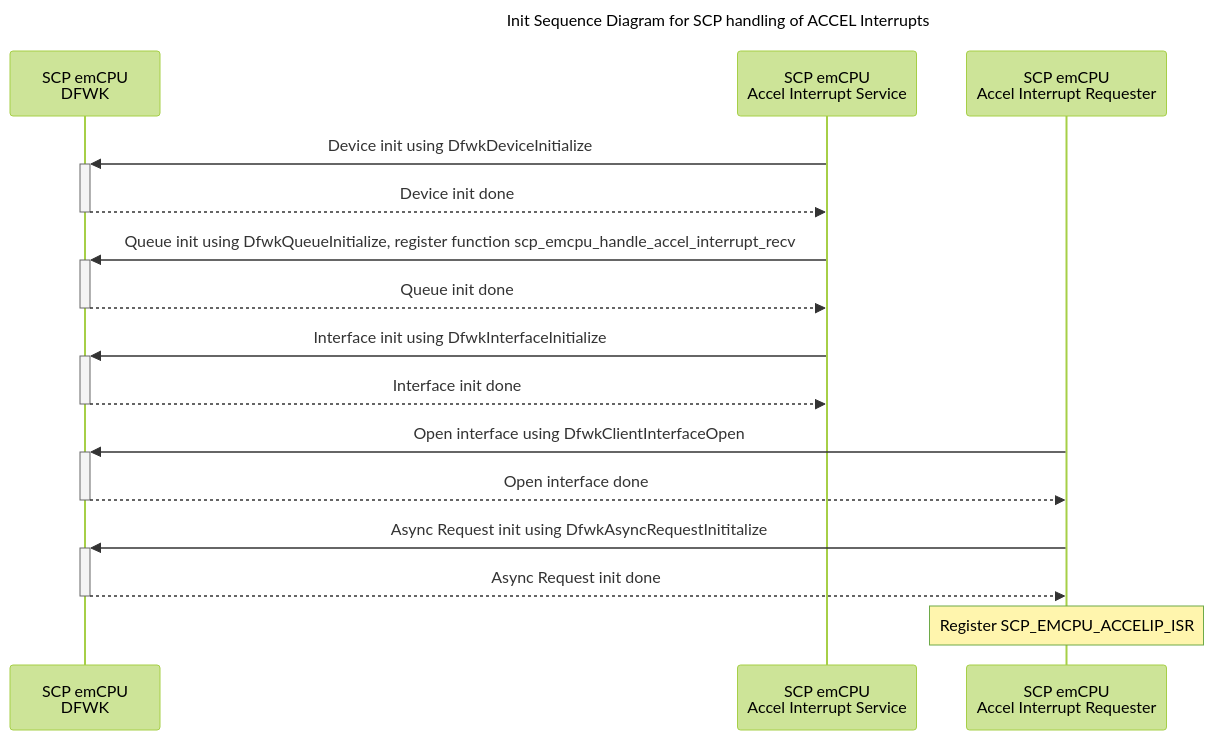
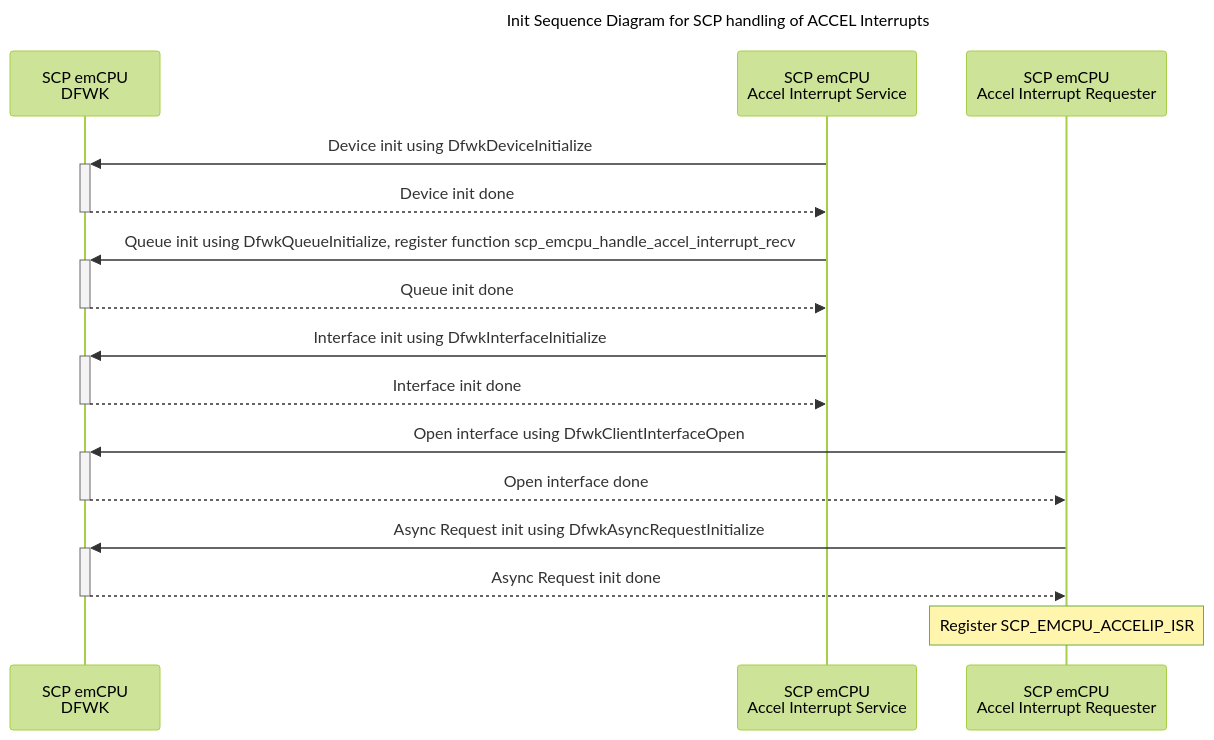
Before and after one commit to jivahire-com/cpp-thread-safe-cache: the second of 3 diagrams in docs/development/FirmwareDesign/AccelInterruptHandlingDesign.md, drawn with Mermaid (forest theme). The commit also changed other lines of this file and 27 other files, not shown here.

````diff
--- a/docs/development/FirmwareDesign/AccelInterruptHandlingDesign.md
+++ b/docs/development/FirmwareDesign/AccelInterruptHandlingDesign.md
@@ -132,18 +132,18 @@
 ```mermaid
 sequenceDiagram
     title Init Sequence Diagram for SCP handling of ACCEL Interrupts
     participant SCP_EMCPU_DFWK as SCP emCPU<br/>DFWK
     participant SCP_EMCPU_ACCEL_INTR_SERVICE as SCP emCPU<br/>Accel Interrupt Service
     participant SCP_EMCPU_ACCEL_INTR as SCP emCPU<br/>Accel Interrupt Requester
     SCP_EMCPU_ACCEL_INTR_SERVICE->>+SCP_EMCPU_DFWK: Device init using DfwkDeviceInitialize
     SCP_EMCPU_DFWK-->>-SCP_EMCPU_ACCEL_INTR_SERVICE: Device init done
     SCP_EMCPU_ACCEL_INTR_SERVICE->>+SCP_EMCPU_DFWK: Queue init using DfwkQueueInitialize, register function scp_emcpu_handle_accel_interrupt_recv
     SCP_EMCPU_DFWK-->>-SCP_EMCPU_ACCEL_INTR_SERVICE: Queue init done
     SCP_EMCPU_ACCEL_INTR_SERVICE->>+SCP_EMCPU_DFWK: Interface init using DfwkInterfaceInitialize
     SCP_EMCPU_DFWK-->>-SCP_EMCPU_ACCEL_INTR_SERVICE: Interface init done
     SCP_EMCPU_ACCEL_INTR->>+SCP_EMCPU_DFWK: Open interface using DfwkClientInterfaceOpen
     SCP_EMCPU_DFWK-->>-SCP_EMCPU_ACCEL_INTR: Open interface done
-    SCP_EMCPU_ACCEL_INTR->>+SCP_EMCPU_DFWK: Async Request init using DfwkAsyncRequestInititalize
+    SCP_EMCPU_ACCEL_INTR->>+SCP_EMCPU_DFWK: Async Request init using DfwkAsyncRequestInitialize
     SCP_EMCPU_DFWK-->>-SCP_EMCPU_ACCEL_INTR: Async Request init done
     Note over SCP_EMCPU_ACCEL_INTR: Register SCP_EMCPU_ACCELIP_ISR
 ```
````
